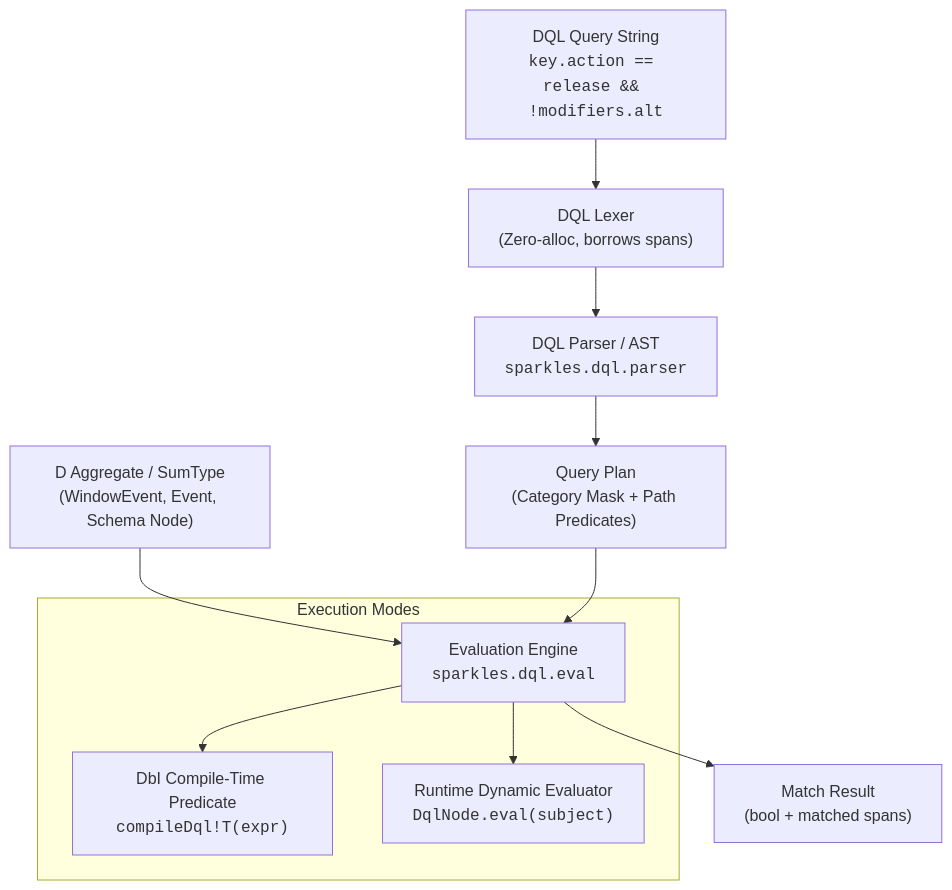
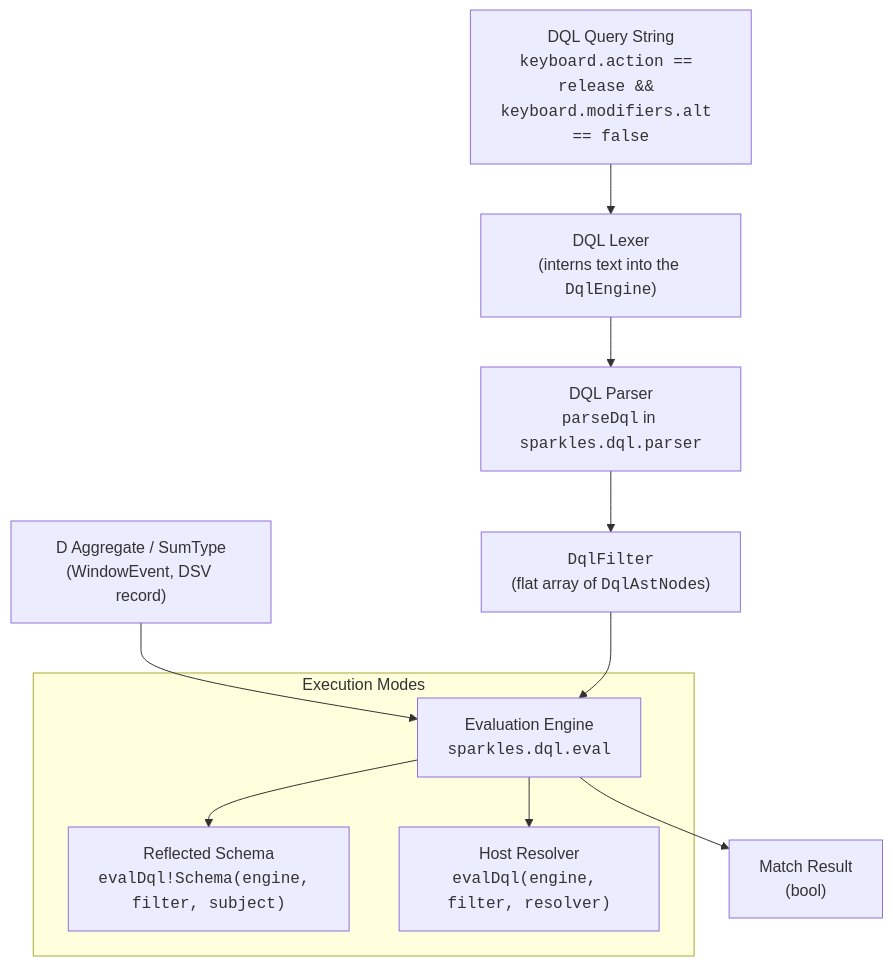
One commit to PetarKirov/sparkles changed the diagram in docs/specs/dql/SPEC.md. Above: the diagram before and after it, drawn with Mermaid. The commit also changed other lines of this file and 2 other files, not shown here.

First line of the commit message:
docs(specs/dql): describe the query engine the code implements

````diff
--- a/docs/specs/dql/SPEC.md
+++ b/docs/specs/dql/SPEC.md
@@ -78,16 +79,16 @@
 ```mermaid
 graph TD
-    QueryText["DQL Query String<br/><code>key.action == release && !modifiers.alt</code>"] --> Lexer["DQL Lexer<br/>(Zero-alloc, borrows spans)"]
-    Lexer --> Parser["DQL Parser / AST<br/><code>sparkles.dql.parser</code>"]
-    Parser --> Plan["Query Plan<br/>(Category Mask + Path Predicates)"]
+    QueryText["DQL Query String<br/><code>keyboard.action == release && keyboard.modifiers.alt == false</code>"] --> Lexer["DQL Lexer<br/>(interns text into the <code>DqlEngine</code>)"]
+    Lexer --> Parser["DQL Parser<br/><code>parseDql</code> in <code>sparkles.dql.parser</code>"]
+    Parser --> Plan["<code>DqlFilter</code><br/>(flat array of <code>DqlAstNode</code>s)"]
 
-    Subject["D Aggregate / SumType<br/>(WindowEvent, Event, Schema Node)"] --> Matcher["Evaluation Engine<br/><code>sparkles.dql.eval</code>"]
+    Subject["D Aggregate / SumType<br/>(WindowEvent, DSV record)"] --> Matcher["Evaluation Engine<br/><code>sparkles.dql.eval</code>"]
     Plan --> Matcher
 
     subgraph Execution Modes
-        Matcher --> CT["DbI Compile-Time Predicate<br/><code>compileDql!T(expr)</code>"]
-        Matcher --> RT["Runtime Dynamic Evaluator<br/><code>DqlNode.eval(subject)</code>"]
+        Matcher --> CT["Reflected Schema<br/><code>evalDql!Schema(engine, filter, subject)</code>"]
+        Matcher --> RT["Host Resolver<br/><code>evalDql(engine, filter, resolver)</code>"]
     end
 
-    Matcher --> Result["Match Result<br/>(bool + matched spans)"]
+    Matcher --> Result["Match Result<br/>(bool)"]
 ```
````
